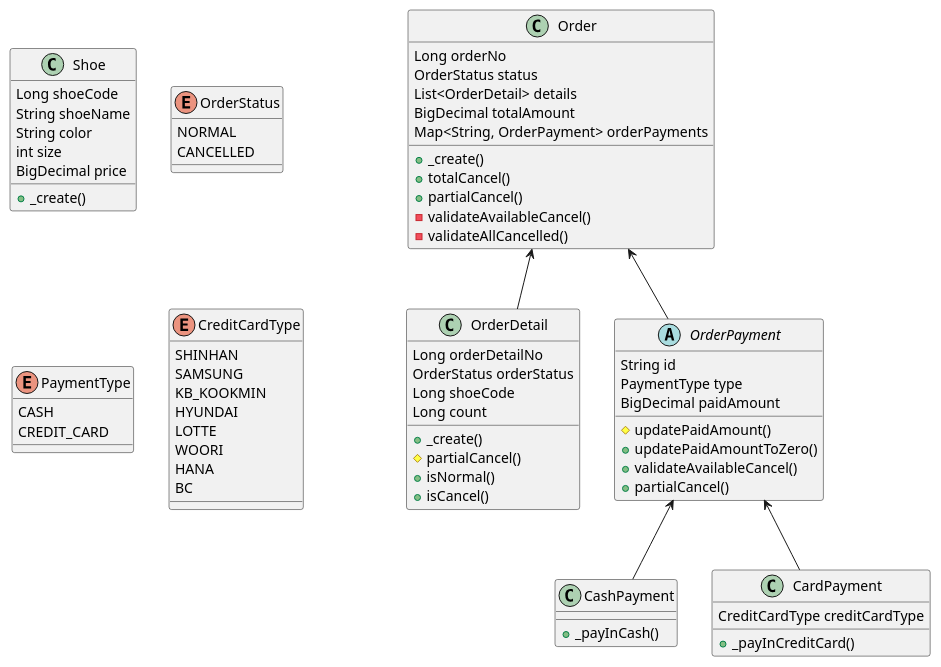
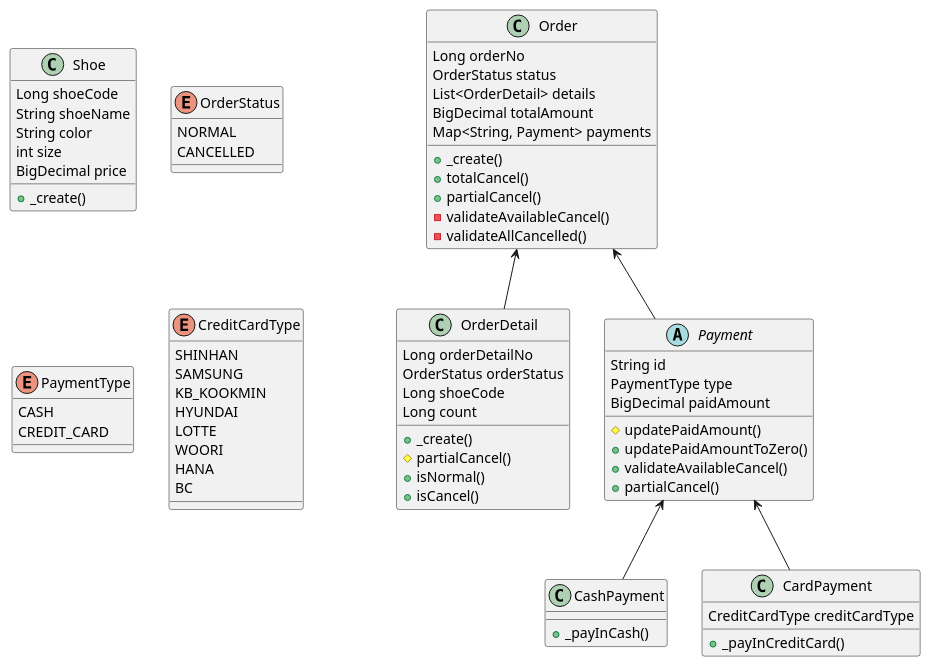
Before and after one commit to ABC-Mart-Owners-club/namjoon-shoe-store: the diagram in docs/DomainStructure.puml, drawn with PlantUML. The commit also changed 15 other files, not shown here.

```diff
--- a/docs/DomainStructure.puml
+++ b/docs/DomainStructure.puml
@@ -1,84 +1,84 @@
 @startuml
 
 
 
 class Shoe {
 Long shoeCode
 String shoeName
 String color
 int size
 BigDecimal price
 + _create()
 }
 
 enum OrderStatus {
 NORMAL
 CANCELLED
 }
 
 class Order {
 Long orderNo
 OrderStatus status
 List<OrderDetail> details
 BigDecimal totalAmount
-Map<String, OrderPayment> orderPayments
+Map<String, Payment> payments
 + _create()
 + totalCancel()
 + partialCancel()
 - validateAvailableCancel()
 - validateAllCancelled()
 }
 
 class OrderDetail {
 Long orderDetailNo
 OrderStatus orderStatus
 Long shoeCode
 Long count
 + _create()
 # partialCancel()
 + isNormal()
 + isCancel()
 }
 
-abstract class OrderPayment {
+abstract class Payment {
 String id
 PaymentType type
 BigDecimal paidAmount
 # updatePaidAmount()
 + updatePaidAmountToZero()
 + validateAvailableCancel()
 + partialCancel()
 }
 
 class CashPayment {
 + _payInCash()
 }
 
 class CardPayment {
 CreditCardType creditCardType
 + _payInCreditCard()
 }
 
 enum PaymentType {
 CASH
 CREDIT_CARD
 }
 
 enum CreditCardType {
 SHINHAN
 SAMSUNG
 KB_KOOKMIN
 HYUNDAI
 LOTTE
 WOORI
 HANA
 BC
 }
 
 
 Order <-- OrderDetail
-Order <-- OrderPayment
-OrderPayment <-- CashPayment
-OrderPayment <-- CardPayment
+Order <-- Payment
+Payment <-- CashPayment
+Payment <-- CardPayment
 
 @enduml
```
